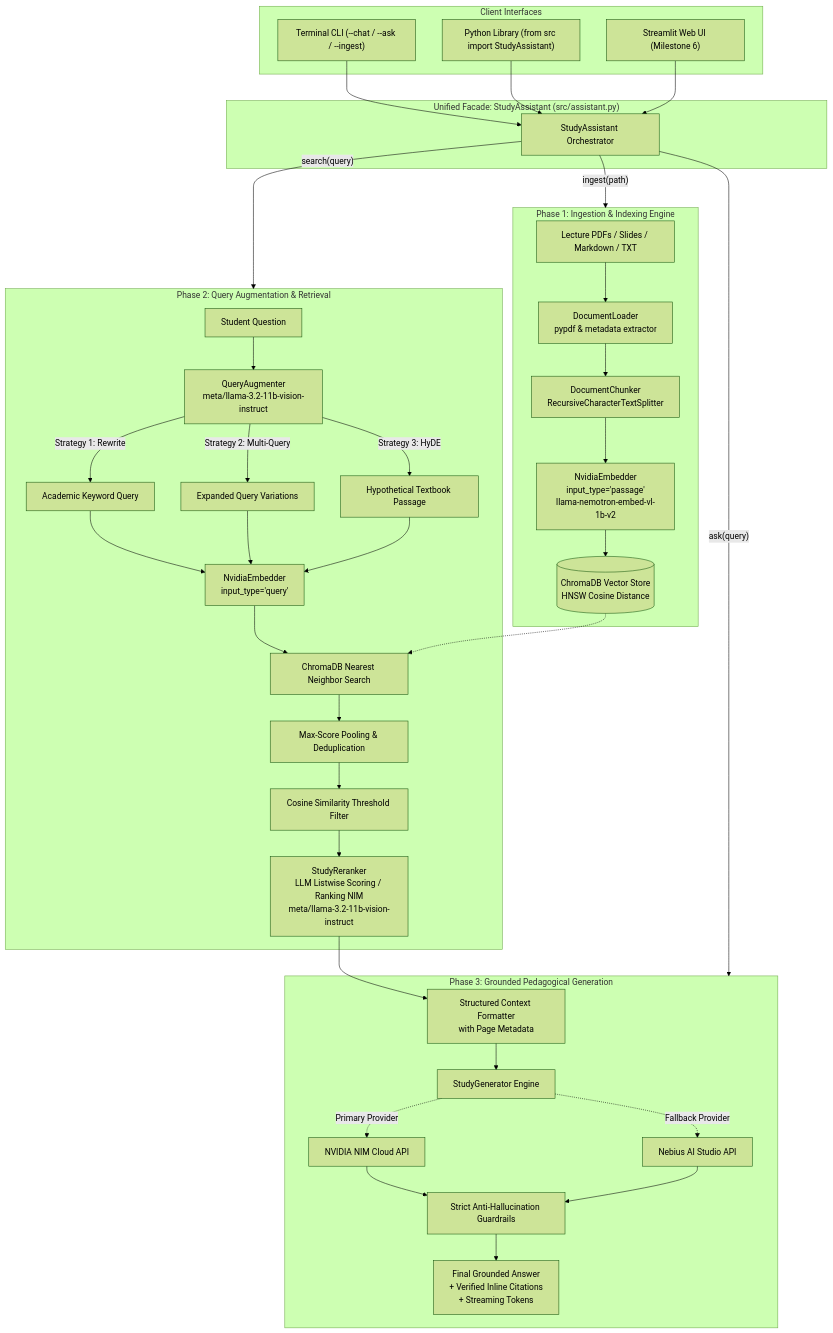
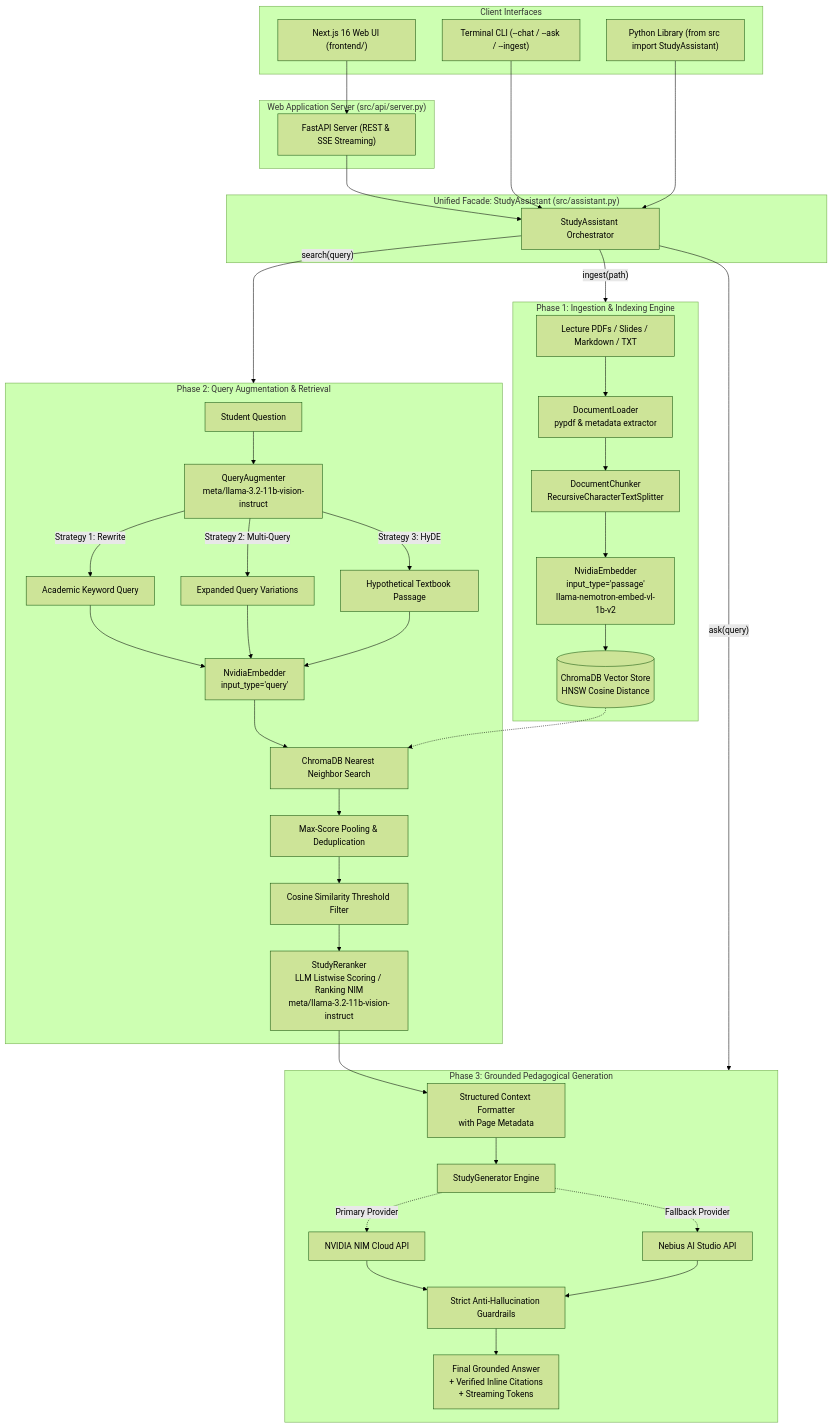
One commit to Khazar451/study-assistant changed the first of 2 diagrams in README.md. Above: the diagram before and after it, drawn with Mermaid (forest theme). The commit also changed other lines of this file, not shown here.

````diff
--- a/README.md
+++ b/README.md
@@ -68,49 +69,54 @@
 ```mermaid
 flowchart TB
     subgraph CLIENTS["Client Interfaces"]
+        WEB["Next.js 16 Web UI (frontend/)"]
         CLI["Terminal CLI (--chat / --ask / --ingest)"]
         API["Python Library (from src import StudyAssistant)"]
-        WEB["Streamlit Web UI (Milestone 6)"]
+    end
+
+    subgraph SERVER["Web Application Server (src/api/server.py)"]
+        SRV["FastAPI Server (REST & SSE Streaming)"]
     end
 
     subgraph ORCHESTRATOR["Unified Facade: StudyAssistant (src/assistant.py)"]
         FACADE["StudyAssistant Orchestrator"]
     end
 
     subgraph INGESTION["Phase 1: Ingestion & Indexing Engine"]
         A[Lecture PDFs / Slides / Markdown / TXT] --> B[DocumentLoader<br/>pypdf & metadata extractor]
         B --> C[DocumentChunker<br/>RecursiveCharacterTextSplitter]
         C --> D[NvidiaEmbedder<br/>input_type='passage'<br/>llama-nemotron-embed-vl-1b-v2]
         D --> E[(ChromaDB Vector Store<br/>HNSW Cosine Distance)]
     end
 
     subgraph QUERY["Phase 2: Query Augmentation & Retrieval"]
         F[Student Question] --> G[QueryAugmenter<br/>meta/llama-3.2-11b-vision-instruct]
         G -->|Strategy 1: Rewrite| H1[Academic Keyword Query]
         G -->|Strategy 2: Multi-Query| H2[Expanded Query Variations]
         G -->|Strategy 3: HyDE| H3[Hypothetical Textbook Passage]
         H1 & H2 & H3 --> I[NvidiaEmbedder<br/>input_type='query']
         I --> J[ChromaDB Nearest Neighbor Search]
         J --> K[Max-Score Pooling & Deduplication]
         K --> L[Cosine Similarity Threshold Filter]
         L --> RR[StudyReranker<br/>LLM Listwise Scoring / Ranking NIM<br/>meta/llama-3.2-11b-vision-instruct]
     end
 
     subgraph GENERATION["Phase 3: Grounded Pedagogical Generation"]
         RR --> M[Structured Context Formatter<br/>with Page Metadata]
         M --> N[StudyGenerator Engine]
         N -.->|Primary Provider| O1[NVIDIA NIM Cloud API]
         N -.->|Fallback Provider| O2[Nebius AI Studio API]
         O1 & O2 --> P[Strict Anti-Hallucination Guardrails]
         P --> Q[Final Grounded Answer<br/>+ Verified Inline Citations<br/>+ Streaming Tokens]
     end
 
+    WEB --> SRV
+    SRV --> FACADE
     CLI --> FACADE
     API --> FACADE
-    WEB --> FACADE
 
     FACADE -->|"ingest(path)"| INGESTION
     FACADE -->|"search(query)"| QUERY
     FACADE -->|"ask(query)"| GENERATION
     E -.-> J
 ```
````
